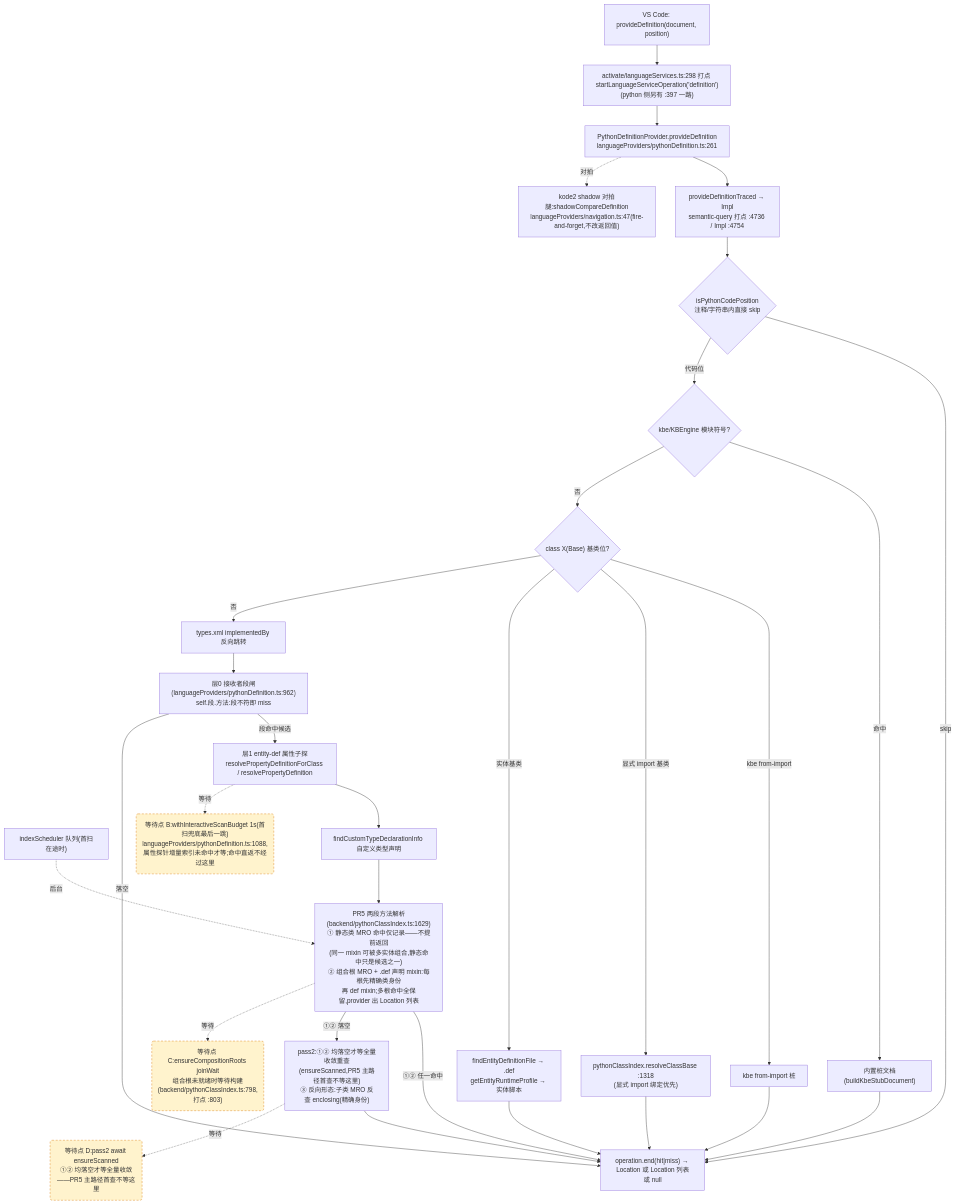
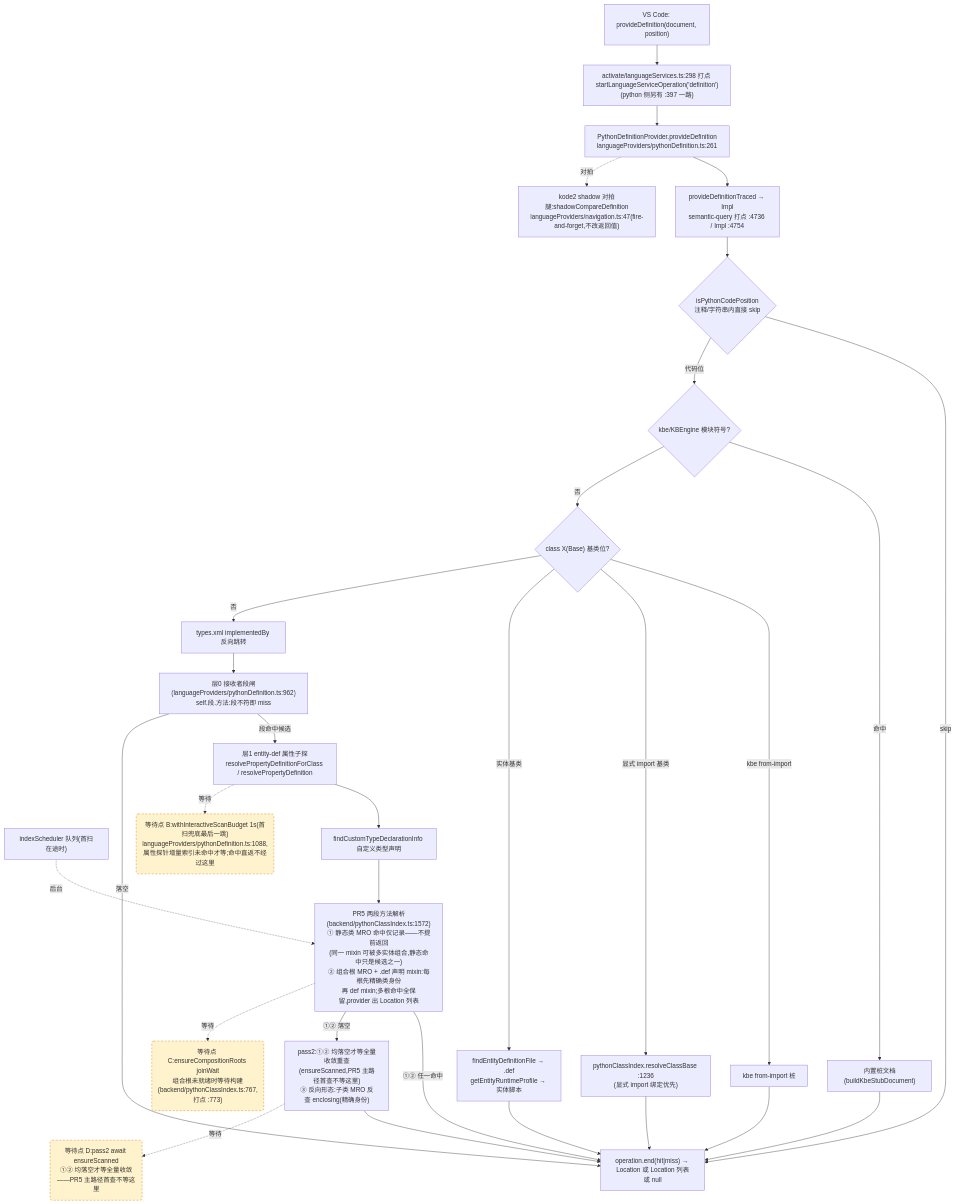
One commit to cuihairu/kode changed the second of 4 diagrams in docs/perf/2026-baseline.md. Above: the diagram before and after it, drawn with Mermaid. The commit also changed other lines of this file and 97 other files, not shown here.

````diff
--- a/docs/perf/2026-baseline.md
+++ b/docs/perf/2026-baseline.md
@@ -155,51 +151,51 @@
 ```mermaid
 flowchart TD
   VC2["VS Code: provideDefinition(document, position)"]
   M2["activate/languageServices.ts:298 打点 startLanguageServiceOperation('definition')<br/>(python 侧另有 :397 一路)"]
   AD2["PythonDefinitionProvider.provideDefinition<br/>languageProviders/pythonDefinition.ts:261"]
   TR["provideDefinitionTraced → Impl<br/>semantic-query 打点 :4736 / Impl :4754"]
   CTX{"isPythonCodePosition<br/>注释/字符串内直接 skip"}
   KBE{"kbe/KBEngine 模块符号?"}
   STUB["内置桩文档(buildKbeStubDocument)"]
   CB{"class X(Base) 基类位?"}
   CB1["kbe from-import 桩"]
-  CB2["pythonClassIndex.resolveClassBase :1318<br/>(显式 import 绑定优先)"]
+  CB2["pythonClassIndex.resolveClassBase :1236<br/>(显式 import 绑定优先)"]
   CB3["findEntityDefinitionFile → .def<br/>getEntityRuntimeProfile → 实体脚本"]
   REV["types.xml implementedBy 反向跳转"]
   L0["层0 接收者段闸(languageProviders/pythonDefinition.ts:962)<br/>self.段.方法:段不符即 miss"]
   L1["层1 entity-def 属性子探<br/>resolvePropertyDefinitionForClass / resolvePropertyDefinition"]
   SCAN["indexScheduler 队列(首扫在途时)"]
   TY["findCustomTypeDeclarationInfo 自定义类型声明"]
-  MRO["PR5 两段方法解析(backend/pythonClassIndex.ts:1629)<br/>① 静态类 MRO 命中仅记录——不提前返回<br/>(同一 mixin 可被多实体组合,静态命中只是候选之一)<br/>② 组合根 MRO + .def 声明 mixin:每根先精确类身份<br/>再 def mixin;多根命中全保留,provider 出 Location 列表"]
+  MRO["PR5 两段方法解析(backend/pythonClassIndex.ts:1572)<br/>① 静态类 MRO 命中仅记录——不提前返回<br/>(同一 mixin 可被多实体组合,静态命中只是候选之一)<br/>② 组合根 MRO + .def 声明 mixin:每根先精确类身份<br/>再 def mixin;多根命中全保留,provider 出 Location 列表"]
   PASS2["pass2:①② 均落空才等全量收敛重查<br/>(ensureScanned,PR5 主路径首查不等这里)<br/>③ 反向形态:子类 MRO 反查 enclosing(精确身份)"]
   SHD["kode2 shadow 对拍腿:shadowCompareDefinition<br/>languageProviders/navigation.ts:47(fire-and-forget,不改返回值)"]
   END2["operation.end(hit|miss) → Location 或 Location 列表或 null"]
 
   VC2 --> M2 --> AD2 --> TR --> CTX
   CTX -- "skip" --> END2
   CTX -- "代码位" --> KBE
   KBE -- "命中" --> STUB --> END2
   KBE -- "否" --> CB
   CB -- "kbe from-import" --> CB1 --> END2
   CB -- "显式 import 基类" --> CB2 --> END2
   CB -- "实体基类" --> CB3 --> END2
   CB -- "否" --> REV --> L0
   L0 -- "段命中候选" --> L1
   L0 -- "落空" --> END2
   L1 --> TY
   TY --> MRO
   MRO -- "①② 任一命中" --> END2
   MRO -- "①② 落空" --> PASS2 --> END2
   AD2 -.->|对拍| SHD
 
   WAITB("等待点 B:withInteractiveScanBudget 1s(首扫兜底最后一跳)<br/>languageProviders/pythonDefinition.ts:1088,属性探针增量索引未命中才等;命中直返不经过这里")
-  WAITC("等待点 C:ensureCompositionRoots joinWait<br/>组合根未就绪时等待构建(backend/pythonClassIndex.ts:798,打点 :803)")
+  WAITC("等待点 C:ensureCompositionRoots joinWait<br/>组合根未就绪时等待构建(backend/pythonClassIndex.ts:767,打点 :773)")
   WAITD("等待点 D:pass2 await ensureScanned<br/>①② 均落空才等全量收敛——PR5 主路径首查不等这里")
   L1 -.->|等待| WAITB
   MRO -.->|等待| WAITC
   PASS2 -.->|等待| WAITD
   SCAN -.->|后台| MRO
 
   classDef waitPoint fill:#fff3cd,stroke:#d97706,stroke-dasharray:5 4;
   class WAITB,WAITC,WAITD waitPoint;
 ```
````
